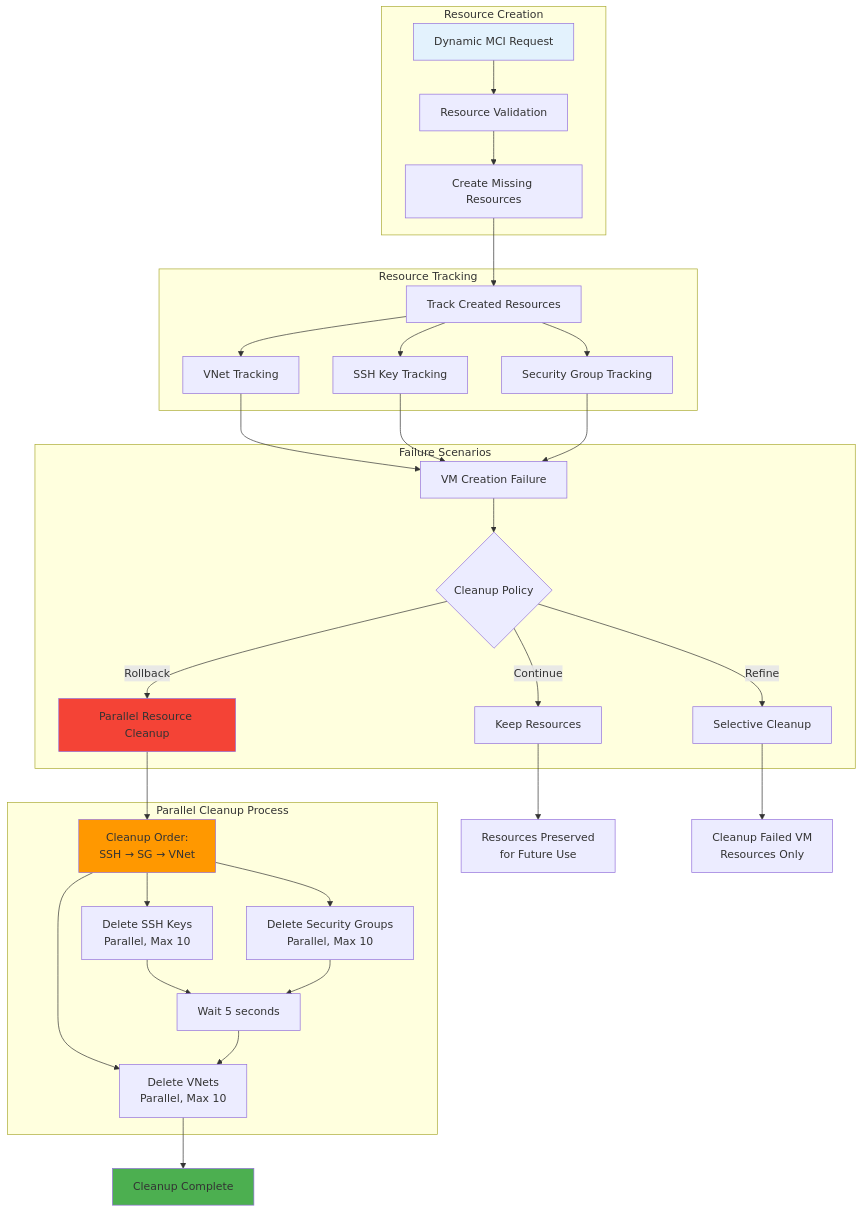
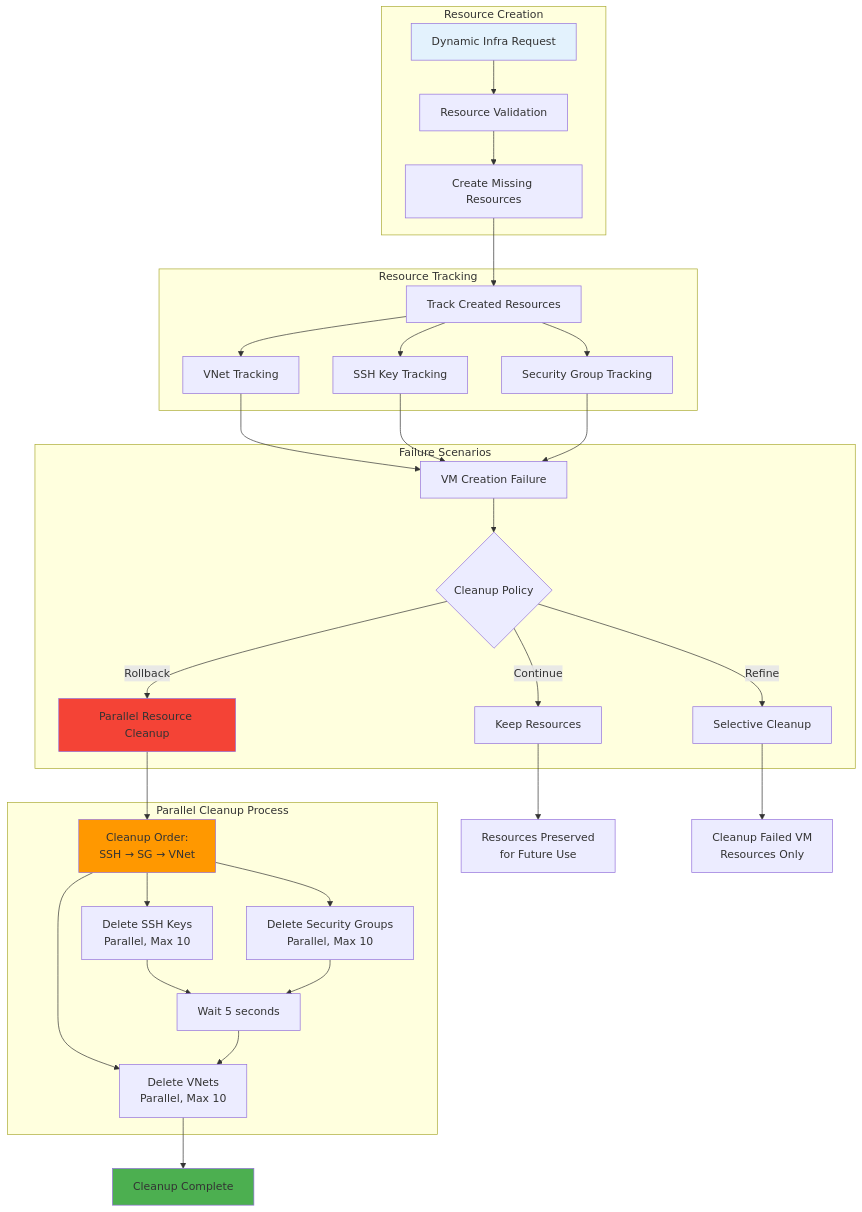
The ninth of 9 diagrams in docs/feature_guide/high-scale-provisioning-architecture.md (cloud-barista/cb-tumblebug), drawn with Mermaid before and after one commit. The commit also changed other lines of this file and 197 other files, not shown here.

````diff
--- a/docs/feature_guide/high-scale-provisioning-architecture.md
+++ b/docs/feature_guide/high-scale-provisioning-architecture.md
@@ -415,52 +415,52 @@
 ```mermaid
 flowchart TD
     subgraph "Resource Creation"
-        DYNAMIC[Dynamic MCI Request]
+        DYNAMIC[Dynamic Infra Request]
         VALIDATE[Resource Validation]
         CREATE_RES[Create Missing Resources]
         
         DYNAMIC --> VALIDATE
         VALIDATE --> CREATE_RES
     end
     
     subgraph "Resource Tracking"
         CREATE_RES --> TRACK[Track Created Resources]
         TRACK --> VNET_TRACK[VNet Tracking]
         TRACK --> SSH_TRACK[SSH Key Tracking]
         TRACK --> SG_TRACK[Security Group Tracking]
     end
     
     subgraph "Failure Scenarios"
         VM_FAIL[VM Creation Failure]
         POLICY_CHECK{Cleanup Policy}
         
         VM_FAIL --> POLICY_CHECK
         POLICY_CHECK -->|Rollback| PARALLEL_CLEANUP[Parallel Resource Cleanup]
         POLICY_CHECK -->|Continue| KEEP_RESOURCES[Keep Resources]
         POLICY_CHECK -->|Refine| SELECTIVE_CLEANUP[Selective Cleanup]
     end
     
     subgraph "Parallel Cleanup Process"
         PARALLEL_CLEANUP --> CLEANUP_ORDER[Cleanup Order:<br/>SSH → SG → VNet]
         CLEANUP_ORDER --> SSH_DEL[Delete SSH Keys<br/>Parallel, Max 10]
         CLEANUP_ORDER --> SG_DEL[Delete Security Groups<br/>Parallel, Max 10]
         CLEANUP_ORDER --> VNET_DEL[Delete VNets<br/>Parallel, Max 10]
         
         SSH_DEL --> WAIT1[Wait 5 seconds]
         SG_DEL --> WAIT1
         WAIT1 --> VNET_DEL
     end
     
     VNET_TRACK --> VM_FAIL
     SSH_TRACK --> VM_FAIL
     SG_TRACK --> VM_FAIL
     
     VNET_DEL --> CLEANUP_COMPLETE[Cleanup Complete]
     KEEP_RESOURCES --> RESOURCES_KEPT[Resources Preserved<br/>for Future Use]
     SELECTIVE_CLEANUP --> PARTIAL_CLEANUP[Cleanup Failed VM<br/>Resources Only]
     
     style DYNAMIC fill:#e3f2fd
     style PARALLEL_CLEANUP fill:#f44336
     style CLEANUP_ORDER fill:#ff9800
     style CLEANUP_COMPLETE fill:#4caf50
 ```
````
